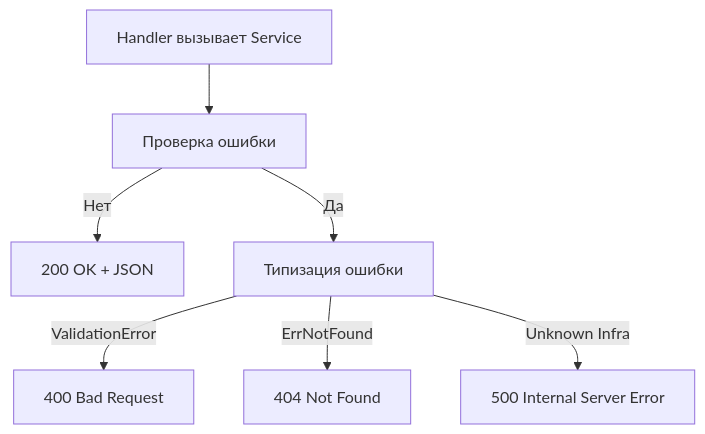
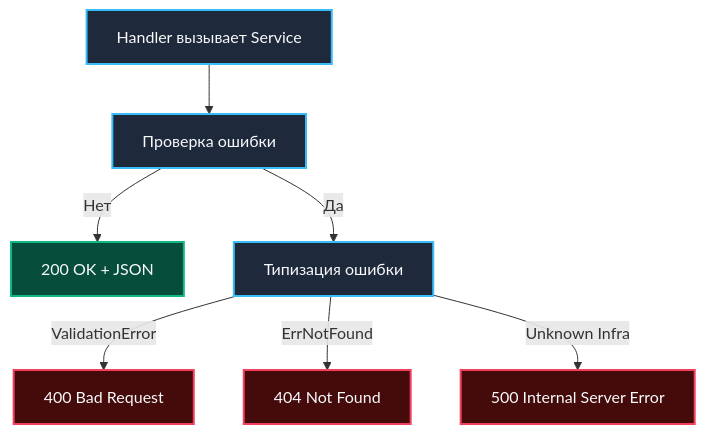
The diagram in sources/9. Бэкенд на Go (Практика разработки)/15. Error handling в сервисах.md (UnrealTemplier/go-textbook), drawn with Mermaid before and after one commit. The commit also changed other lines of this file, not shown here.

````diff
--- a/sources/9. Бэкенд на Go (Практика разработки)/15. Error handling в сервисах.md
+++ b/sources/9. Бэкенд на Go (Практика разработки)/15. Error handling в сервисах.md
@@ -91,9 +7,16 @@
 ```mermaid
 flowchart TD
     A["Handler вызывает Service"] --> B["Проверка ошибки"]
     B -->|Нет| C["200 OK + JSON"]
     B -->|Да| D["Типизация ошибки"]
     D -->|ValidationError| E["400 Bad Request"]
     D -->|ErrNotFound| F["404 Not Found"]
     D -->|Unknown Infra| G["500 Internal Server Error"]
+
+    classDef ok fill:#064e3b,stroke:#10b981,stroke-width:2px,color:#f8fafc;
+    classDef check fill:#1e293b,stroke:#38bdf8,stroke-width:2px,color:#f8fafc;
+    classDef err fill:#450a0a,stroke:#f43f5e,stroke-width:2px,color:#f8fafc;
+    class C ok;
+    class A,B,D check;
+    class E,F,G err;
 ```
````
